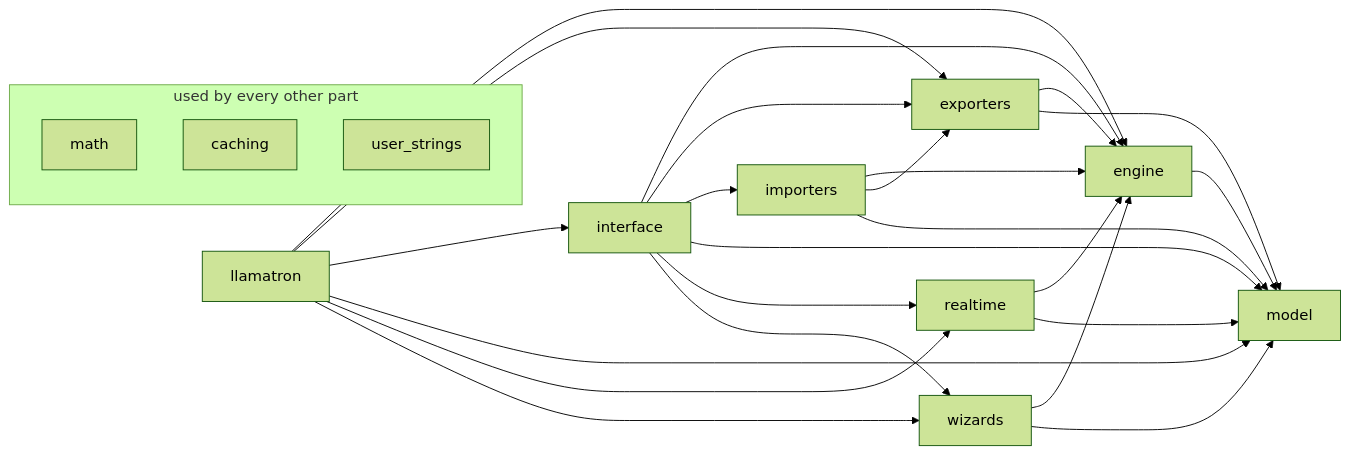
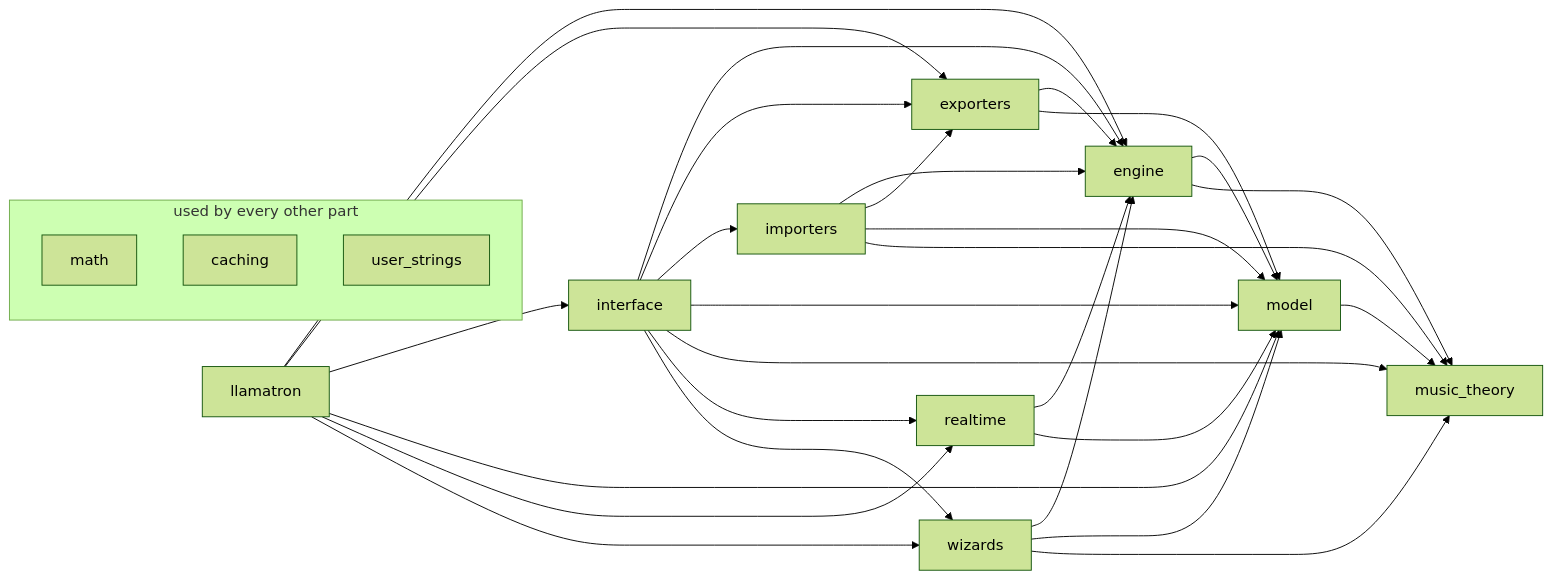
Before and after one commit to mpdehaan/llamatron: the second of 2 diagrams in docs/ARCHITECTURE.md, drawn with Mermaid (forest theme). The commit also changed other lines of this file and 52 other files, not shown here.

````diff
--- a/docs/ARCHITECTURE.md
+++ b/docs/ARCHITECTURE.md
@@ -124,38 +124,44 @@
 ```mermaid
 flowchart LR
     interface["interface"]
     llamatron["llamatron"]
     model["model"]
     engine["engine"]
     exporters["exporters"]
     importers["importers"]
+    music_theory["music_theory"]
     realtime["realtime"]
     wizards["wizards"]
     subgraph everywhere ["used by every other part"]
     math["math"]
     caching["caching"]
     user_strings["user_strings"]
     end
     engine --> model
+    engine --> music_theory
     exporters --> engine
     exporters --> model
     importers --> engine
     importers --> exporters
     importers --> model
+    importers --> music_theory
     interface --> engine
     interface --> exporters
     interface --> importers
     interface --> model
+    interface --> music_theory
     interface --> realtime
     interface --> wizards
     llamatron --> engine
     llamatron --> exporters
     llamatron --> interface
     llamatron --> model
     llamatron --> realtime
     llamatron --> wizards
+    model --> music_theory
     realtime --> engine
     realtime --> model
     wizards --> engine
     wizards --> model
+    wizards --> music_theory
 ```
````
